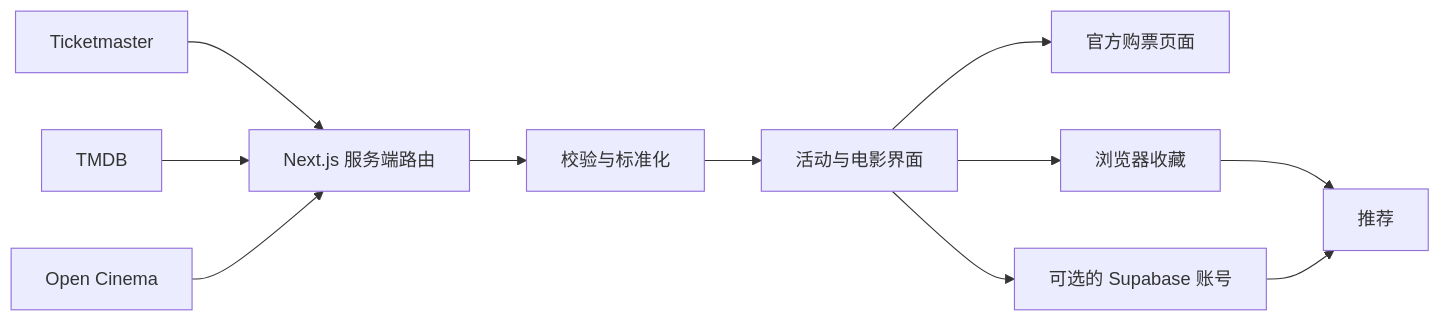
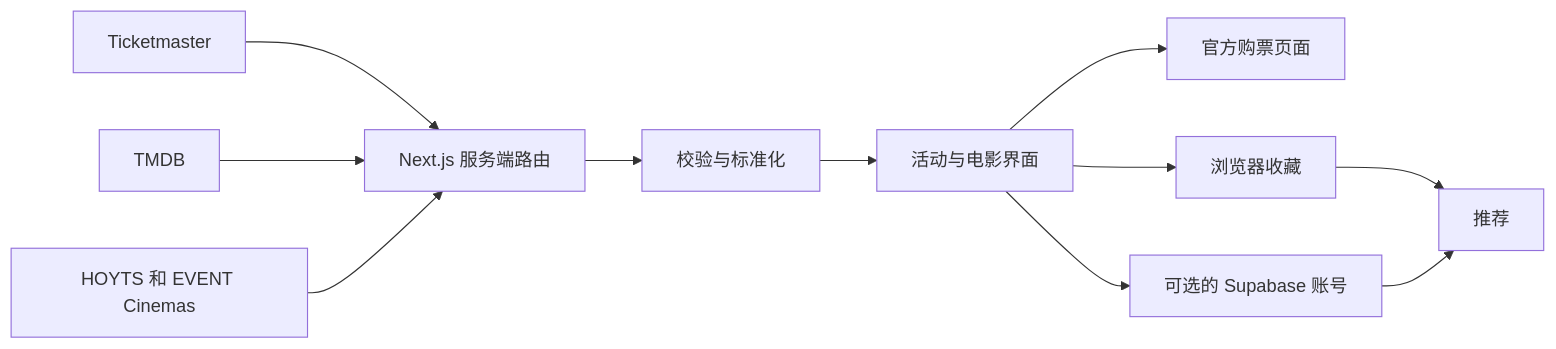
Before and after one commit to hannnnnnnny/kiwicue: the diagram in README.zh-CN.md, drawn with Mermaid. The commit also changed other lines of this file and 31 other files, not shown here.

First line of the commit message:
feat(movies): live HOYTS and EVENT Cinemas sessions with ticket prices

````diff
--- a/README.zh-CN.md
+++ b/README.zh-CN.md
@@ -57,13 +57,13 @@
 ```mermaid
 flowchart LR
     A[Ticketmaster] --> D[Next.js 服务端路由]
     B[TMDB] --> D
-    C[Open Cinema] --> D
+    C[HOYTS 和 EVENT Cinemas] --> D
     D --> E[校验与标准化]
     E --> F[活动与电影界面]
     F --> G[官方购票页面]
     F --> H[浏览器收藏]
     F --> J[可选的 Supabase 账号]
     H --> I[推荐]
     J --> I
 ```
````
